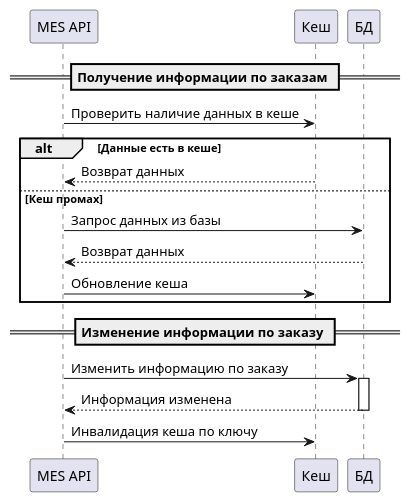
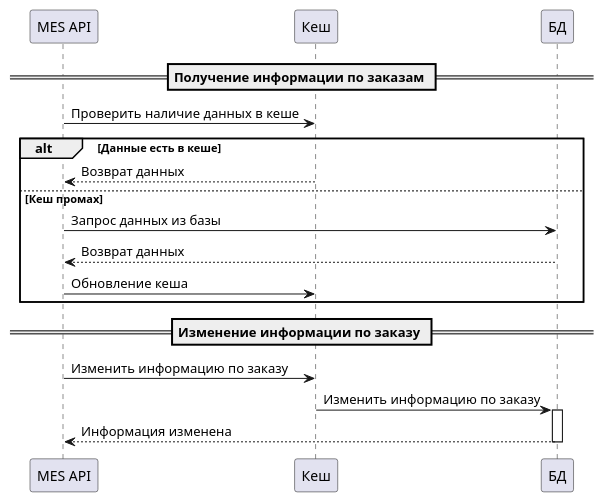
The diagram in Exc5/cache-sequence.puml (ashmakov87/architecture-sprint-4), drawn with PlantUML before and after one commit. The commit also changed 7 other files, not shown here.

```diff
--- a/Exc5/cache-sequence.puml
+++ b/Exc5/cache-sequence.puml
@@ -1,23 +1,24 @@
 @startuml
 participant MES_API as "MES API"
 participant Cache as "Кеш"
 participant Database as "БД"
 
 == Получение информации по заказам ==
 MES_API -> Cache : Проверить наличие данных в кеше
 alt Данные есть в кеше
     Cache --> MES_API : Возврат данных
 else Кеш промах
     MES_API -> Database : Запрос данных из базы
     Database --> MES_API : Возврат данных
     MES_API -> Cache : Обновление кеша
 end
 
 == Изменение информации по заказу ==
-MES_API -> Database : Изменить информацию по заказу
+MES_API -> Cache : Изменить информацию по заказу
+Cache -> Database : Изменить информацию по заказу
 activate Database
 Database --> MES_API : Информация изменена
 deactivate Database
-MES_API -> Cache : Инвалидация кеша по ключу
+
 
 @enduml
```
